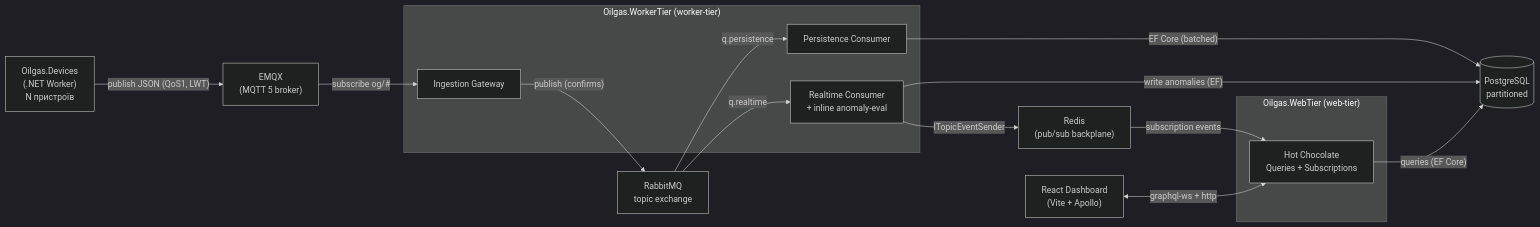
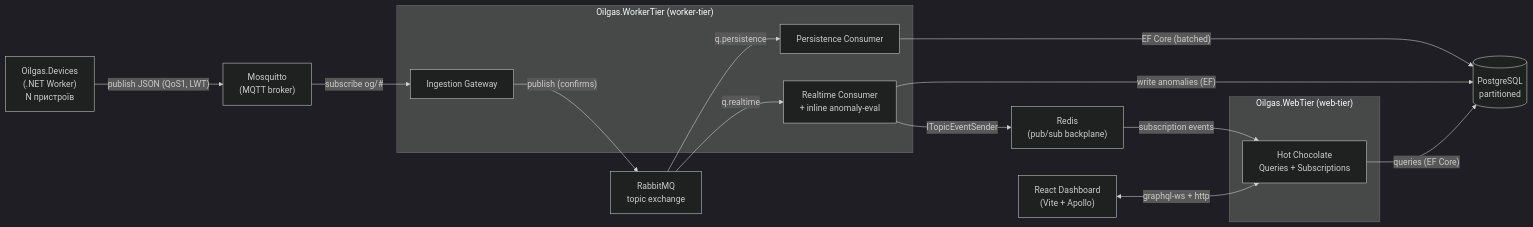
Before and after one commit to nasytnyk/oilgas: the diagram in BRIEF.md, drawn with Mermaid (dark theme). The commit also changed other lines of this file and 7 other files, not shown here.

````diff
--- a/BRIEF.md
+++ b/BRIEF.md
@@ -61,29 +61,29 @@
 ```mermaid
 flowchart LR
     SIM["Oilgas.Devices<br/>(.NET Worker)<br/>N пристроїв"]
-    BR["EMQX<br/>(MQTT 5 broker)"]
+    BR["Mosquitto<br/>(MQTT broker)"]
     subgraph WORKER["Oilgas.WorkerTier (worker-tier)"]
         ING["Ingestion Gateway"]
         PC["Persistence Consumer"]
         RC["Realtime Consumer<br/>+ inline anomaly-eval"]
     end
     RMQ["RabbitMQ<br/>topic exchange"]
     REDIS["Redis<br/>(pub/sub backplane)"]
     subgraph WEBTIER["Oilgas.WebTier (web-tier)"]
         GQL["Hot Chocolate<br/>Queries + Subscriptions"]
     end
     PG[("PostgreSQL<br/>partitioned")]
     WEB["React Dashboard<br/>(Vite + Apollo)"]
 
     SIM -- "publish JSON (QoS1, LWT)" --> BR
     BR -- "subscribe og/#" --> ING
     ING -- "publish (confirms)" --> RMQ
     RMQ -- "q.persistence" --> PC
     RMQ -- "q.realtime" --> RC
     PC -- "EF Core (batched)" --> PG
     RC -- "write anomalies (EF)" --> PG
     RC -- "ITopicEventSender" --> REDIS
     REDIS -- "subscription events" --> GQL
     GQL -- "queries (EF Core)" --> PG
     WEB <-- "graphql-ws + http" --> GQL
 ```
````
